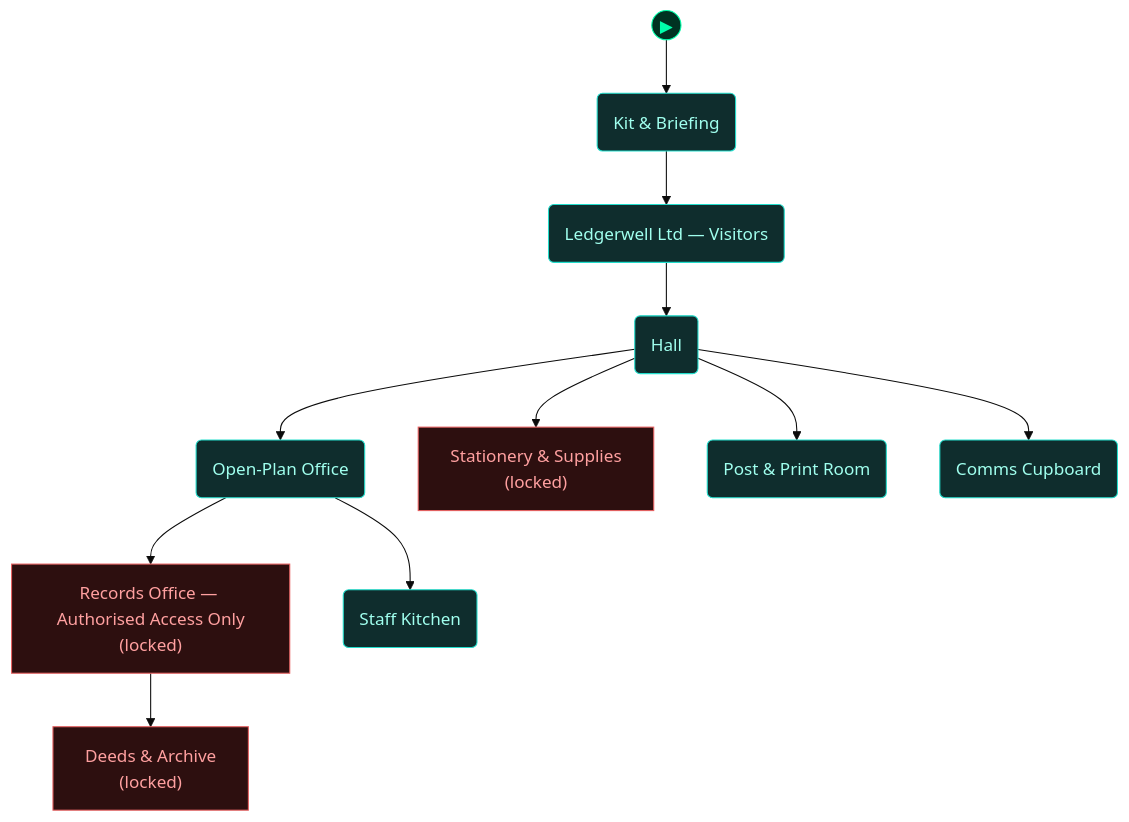
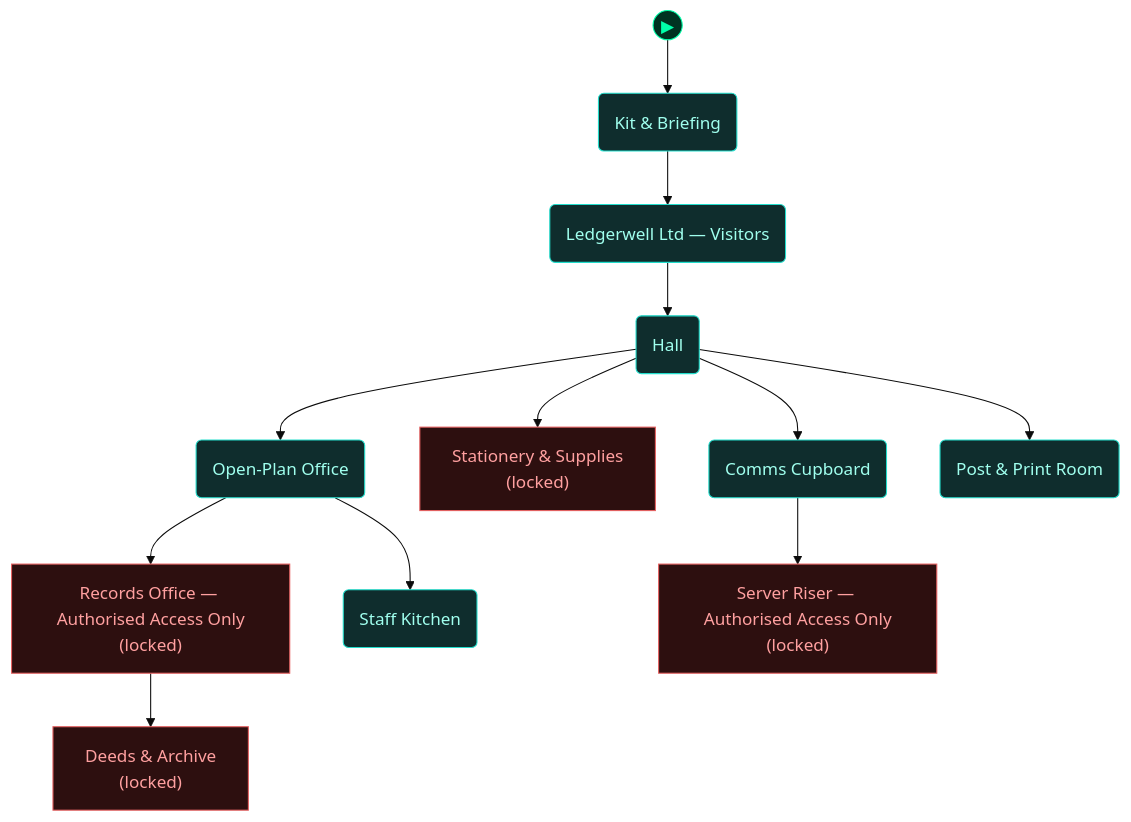
One commit to cliffe/BreakEscape changed the fourth of 5 diagrams in scenarios/lab_physical_pentest/dungeon_graph.md. Above: the diagram before and after it, drawn with Mermaid (base theme). The commit also changed other lines of this file and 9 other files, not shown here.

````diff
--- a/scenarios/lab_physical_pentest/dungeon_graph.md
+++ b/scenarios/lab_physical_pentest/dungeon_graph.md
@@ -250,46 +267,48 @@
 ```mermaid
 flowchart TD
 
   classDef room      fill:#0f2d2d,stroke:#22ddcc,color:#a0ffee
   classDef lock      fill:#2d0f0f,stroke:#e66060,color:#ffa0a0
   classDef key       fill:#2d0812,stroke:#e66060,color:#ffa0a0
   classDef item      fill:#2d1200,stroke:#e89030,color:#ffcc80
   classDef gate      fill:#111,stroke:#666,color:#eee
   classDef vm        fill:#0c1f40,stroke:#4a90d9,color:#a0c8ff
   classDef flag      fill:#1a0c2d,stroke:#9060d0,color:#cc99ff
   classDef action    fill:#1a1200,stroke:#cc9922,color:#ffee88
   classDef aim       fill:#0d2a0d,stroke:#44cc44,color:#88ff88
   classDef aim_gate  fill:#111111,stroke:#44cc44,color:#44cc44
   classDef container fill:#1a2d1a,stroke:#60b060,color:#a0e0a0
   classDef npc       fill:#2d1f0d,stroke:#d0a050,color:#ffe0a0
   classDef critical  fill:#2a1500,stroke:#ffaa00,color:#ffdd88
   classDef start     fill:#003322,stroke:#00ffaa,color:#00ffaa
 
   node_start(("▶"))
   node_start --> briefing_room
 
   briefing_room("Kit & Briefing")
   reception("Ledgerwell Ltd — Visitors")
   hall("Hall")
   open_plan("Open-Plan Office")
   secure_area["Records Office — Authorised Access Only<br/>(locked)"]
   store_room["Stationery & Supplies<br/>(locked)"]
   P1("Post & Print Room")
   P3("Comms Cupboard")
+  P5["Server Riser — Authorised Access Only<br/>(locked)"]
   P2("Staff Kitchen")
   P4["Deeds & Archive<br/>(locked)"]
 
   briefing_room --> reception
   reception --> hall
   hall --> open_plan
   hall --> store_room
   hall --> P3
   hall --> P1
   open_plan --> secure_area
   open_plan --> P2
   secure_area --> P4
+  P3 --> P5
 
   class briefing_room,reception,hall,open_plan,P1,P3,P2 room
-  class secure_area,store_room,P4 lock
+  class secure_area,store_room,P5,P4 lock
   class node_start start
 ```
````
